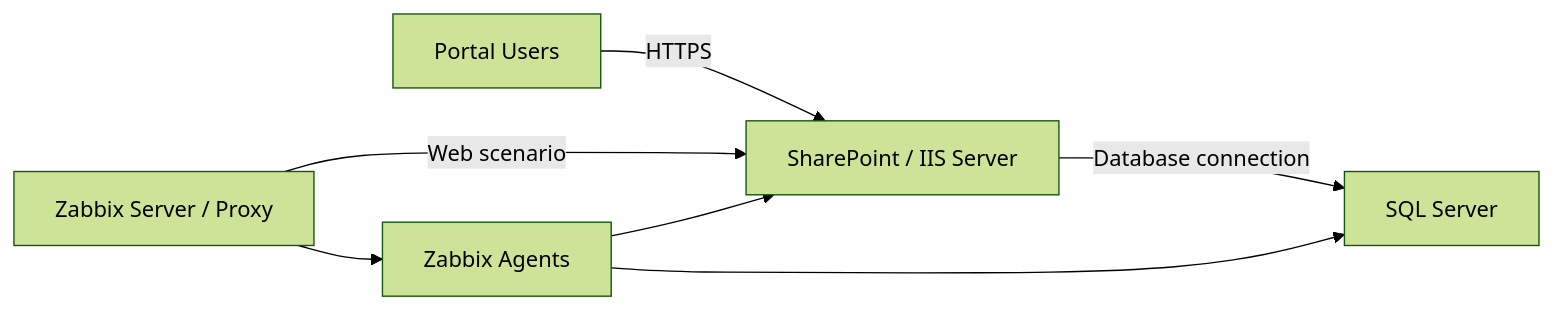
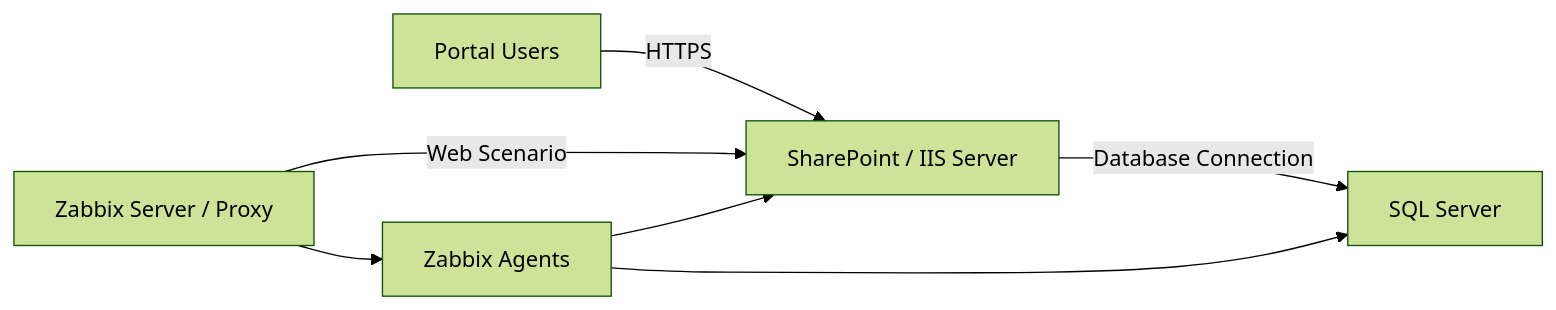
The first of 2 diagrams in docs/sharepoint-zabbix-configuration.md (elahegivi/enterprise-infrastructure-monitoring), drawn with Mermaid (forest theme) before and after one commit. The commit also changed other lines of this file, not shown here.

````diff
--- a/docs/sharepoint-zabbix-configuration.md
+++ b/docs/sharepoint-zabbix-configuration.md
@@ -20,15 +14,16 @@
 ```mermaid
 flowchart LR
     U["Portal Users"]
     SP["SharePoint / IIS Server"]
     DB["SQL Server"]
     Z["Zabbix Server / Proxy"]
     A["Zabbix Agents"]
 
     U -->|"HTTPS"| SP
-    SP -->|"Database connection"| DB
-    Z -->|"Web scenario"| SP
+    SP -->|"Database Connection"| DB
+
+    Z -->|"Web Scenario"| SP
     Z --> A
     A --> SP
     A --> DB
 ```
````
